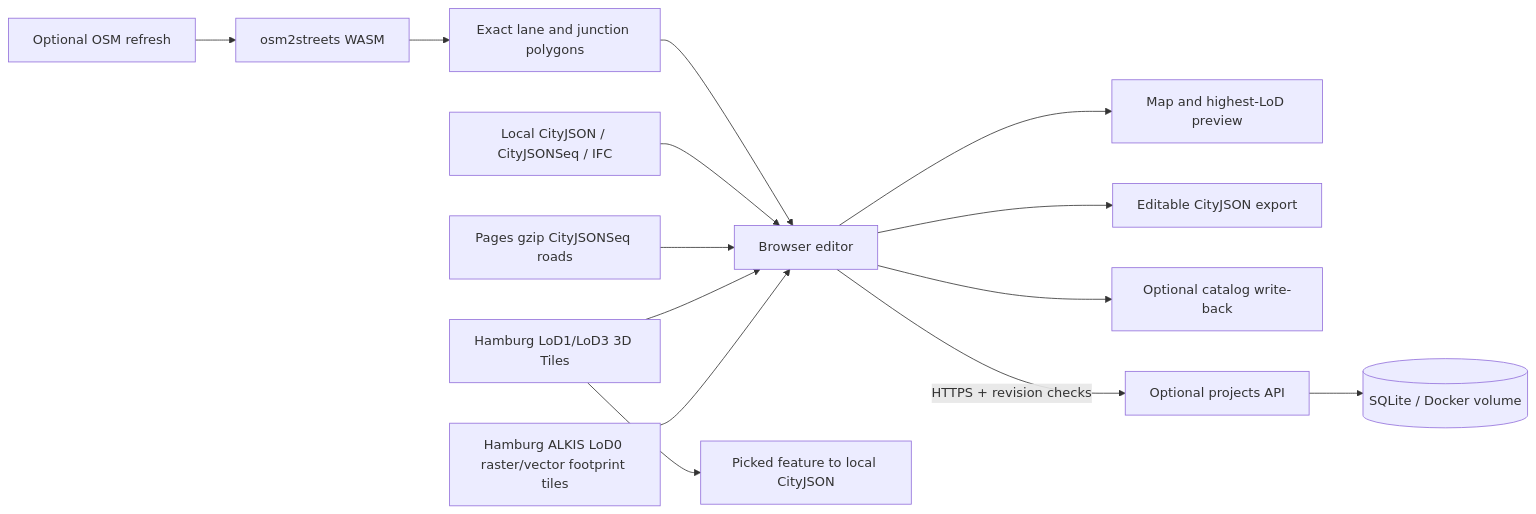
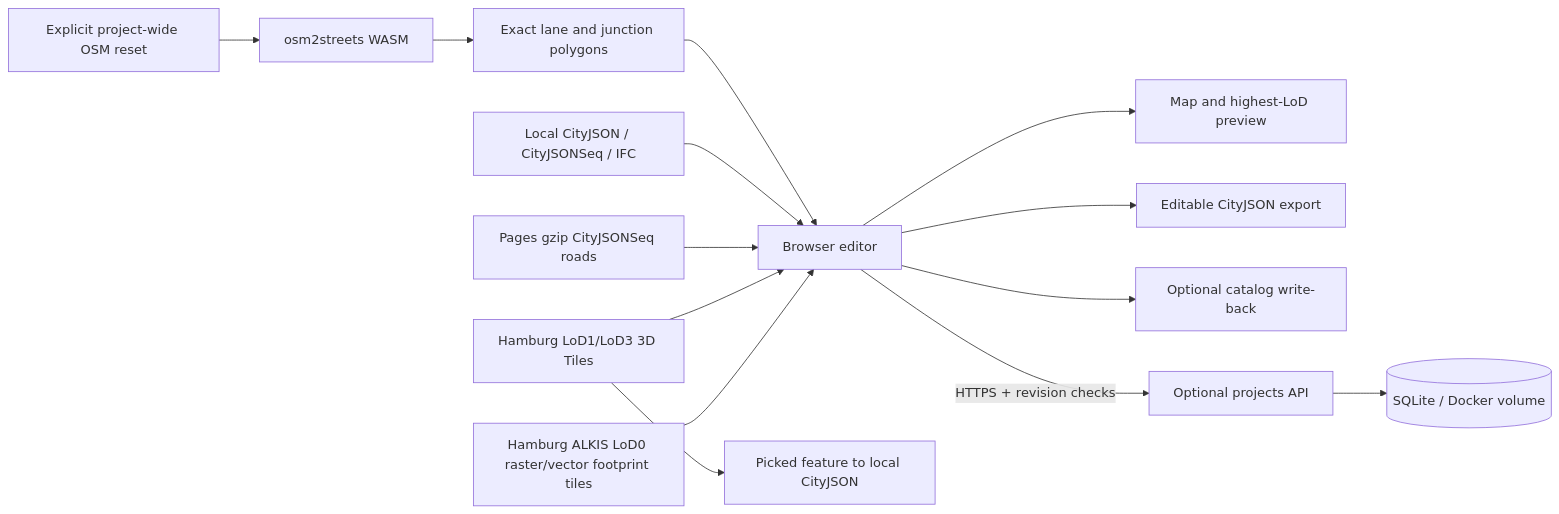
One commit to cakirmert/webcityeditor changed the diagram in PROJECT.md. Above: the diagram before and after it, drawn with Mermaid. The commit also changed other lines of this file and 47 other files, not shown here.

````diff
--- a/PROJECT.md
+++ b/PROJECT.md
@@ -16,16 +18,16 @@
 ```mermaid
 flowchart LR
   F["Hamburg ALKIS LoD0 raster/vector footprint tiles"] --> B["Browser editor"]
   H["Hamburg LoD1/LoD3 3D Tiles"] --> B
   H --> C["Picked feature to local CityJSON"]
   R["Pages gzip CityJSONSeq roads"] --> B
   A["Local CityJSON / CityJSONSeq / IFC"] --> B
-  O["Optional OSM refresh"] --> S["osm2streets WASM"]
+  O["Explicit project-wide OSM reset"] --> S["osm2streets WASM"]
   S --> P["Exact lane and junction polygons"]
   P --> B
   B --> V["Map and highest-LoD preview"]
   B --> E["Editable CityJSON export"]
   B --> W["Optional catalog write-back"]
   B -->|"HTTPS + revision checks"| SVC["Optional projects API"]
   SVC --> DB[("SQLite / Docker volume")]
 ```
````
